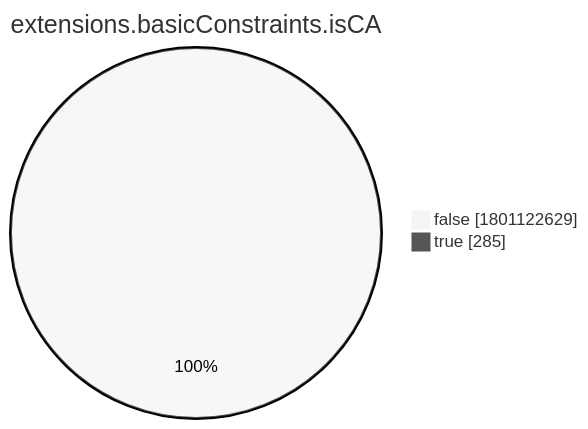
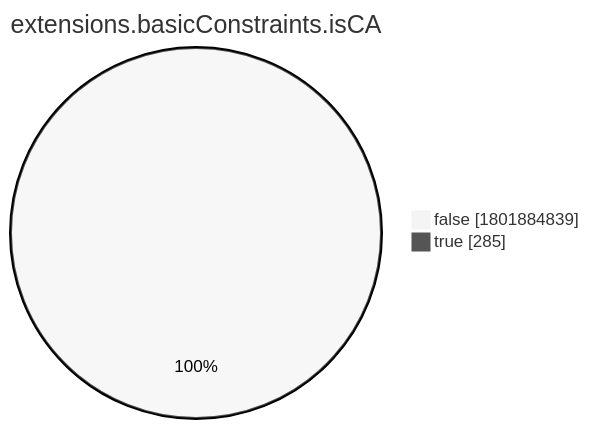
Before and after one commit to christiankrug/ctmonitor_visualization: the eighth of 15 diagrams in xenon2022/README.md, drawn with Mermaid (neutral theme). The commit also changed other lines of this file, not shown here.

````diff
--- a/xenon2022/README.md
+++ b/xenon2022/README.md
@@ -2868,6 +2868,6 @@
 ```mermaid
 pie showData
 title extensions.basicConstraints.isCA
-"false" :1801122629
+"false" :1801884839
 "true" :285
 ```
````
